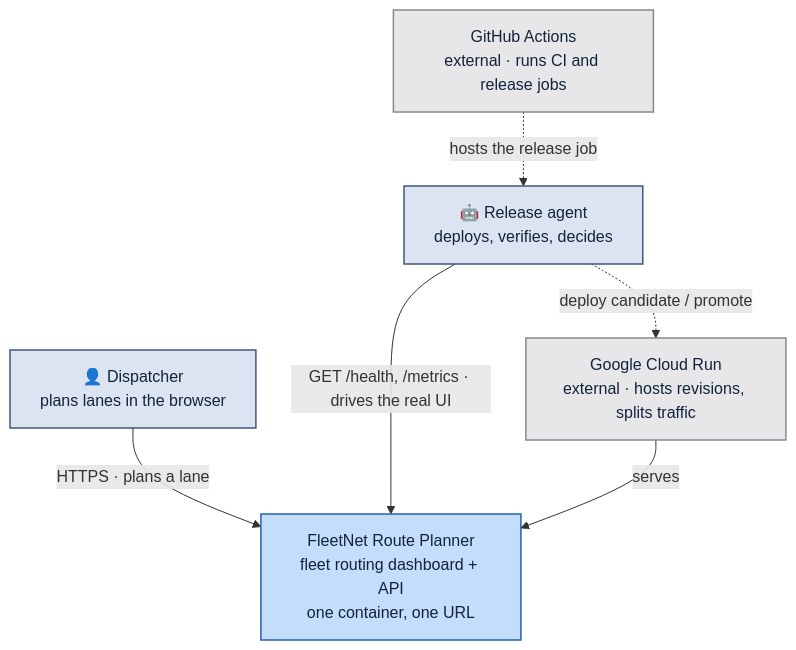
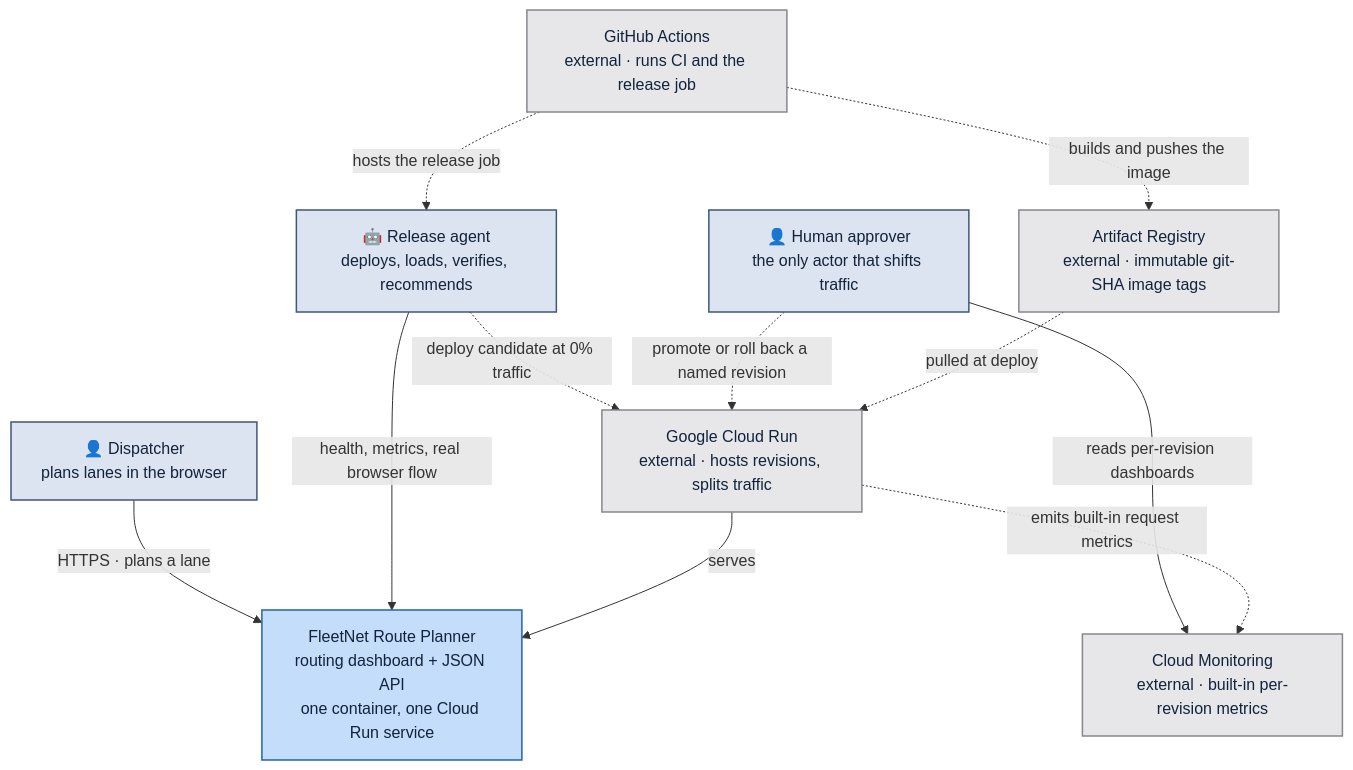
The second of 7 diagrams in ARCHITECTURE.md (TryHarder01/release-agent-demo), drawn with Mermaid before and after one commit. The commit also changed other lines of this file, not shown here.

First line of the commit message:
Refresh ARCHITECTURE.md against 595e651

````diff
--- a/ARCHITECTURE.md
+++ b/ARCHITECTURE.md
@@ -76,23 +79,31 @@
 ```mermaid
 flowchart TB
     dispatcher["👤 Dispatcher\nplans lanes in the browser"]
-    agent["🤖 Release agent\ndeploys, verifies, decides"]
+    agent["🤖 Release agent\ndeploys, loads, verifies, recommends"]
+    approver["👤 Human approver\nthe only actor that shifts traffic"]
 
-    fleetnet["FleetNet Route Planner\nfleet routing dashboard + API\none container, one URL"]
+    fleetnet["FleetNet Route Planner\nrouting dashboard + JSON API\none container, one Cloud Run service"]
 
-    gha["GitHub Actions\nexternal · runs CI and release jobs"]
+    gha["GitHub Actions\nexternal · runs CI and the release job"]
+    ar["Artifact Registry\nexternal · immutable git-SHA image tags"]
     run["Google Cloud Run\nexternal · hosts revisions, splits traffic"]
+    gcm["Cloud Monitoring\nexternal · built-in per-revision metrics"]
 
     dispatcher -->|"HTTPS · plans a lane"| fleetnet
-    agent -->|"GET /health, /metrics · drives the real UI"| fleetnet
-    agent -.->|"deploy candidate / promote"| run
+    agent -->|"health, metrics, real browser flow"| fleetnet
+    agent -.->|"deploy candidate at 0% traffic"| run
+    approver -->|"reads per-revision dashboards"| gcm
+    approver -.->|"promote or roll back a named revision"| run
     gha -.->|"hosts the release job"| agent
+    gha -.->|"builds and pushes the image"| ar
+    ar -.->|"pulled at deploy"| run
     run -->|"serves"| fleetnet
+    run -.->|"emits built-in request metrics"| gcm
 
     classDef actor    fill:#dbe4f0,stroke:#41567a,stroke-width:1.5px,color:#12233b
     classDef owned    fill:#c3ddfb,stroke:#2264ab,stroke-width:1.5px,color:#12233b
     classDef external fill:#e7e7ea,stroke:#87878f,stroke-width:1.5px,color:#12233b
-    class dispatcher,agent actor
+    class dispatcher,agent,approver actor
     class fleetnet owned
-    class gha,run external
+    class gha,ar,run,gcm external
 ```
````
